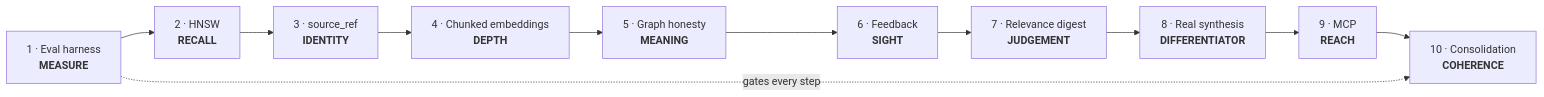
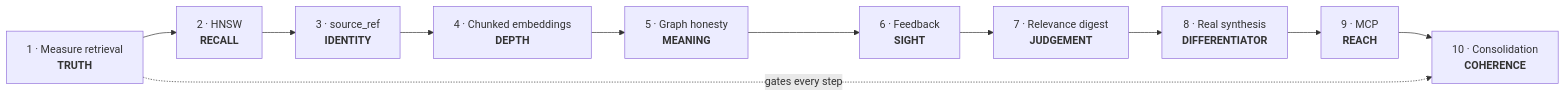
Before and after one commit to pkirsanov/smackerel: the second of 2 diagrams in docs/Product_Direction_2026-07-31.md, drawn with Mermaid. The commit also changed other lines of this file, not shown here.

First line of the commit message:
docs: fourth-pass review — retrieval plan ambiguity and inverted edge weights

````diff
--- a/docs/Product_Direction_2026-07-31.md
+++ b/docs/Product_Direction_2026-07-31.md
@@ -332,13 +335,13 @@
 ```mermaid
 graph LR
-    S1["1 · Eval harness<br/><b>MEASURE</b>"] --> S2["2 · HNSW<br/><b>RECALL</b>"]
+    S1["1 · Measure retrieval<br/><b>TRUTH</b>"] --> S2["2 · HNSW<br/><b>RECALL</b>"]
     S2 --> S3["3 · source_ref<br/><b>IDENTITY</b>"]
     S3 --> S4["4 · Chunked embeddings<br/><b>DEPTH</b>"]
     S4 --> S5["5 · Graph honesty<br/><b>MEANING</b>"]
     S5 --> S6["6 · Feedback<br/><b>SIGHT</b>"]
     S6 --> S7["7 · Relevance digest<br/><b>JUDGEMENT</b>"]
     S7 --> S8["8 · Real synthesis<br/><b>DIFFERENTIATOR</b>"]
     S8 --> S9["9 · MCP<br/><b>REACH</b>"]
     S9 --> S10["10 · Consolidation<br/><b>COHERENCE</b>"]
     S1 -.->|gates every step| S10
 ```
````
